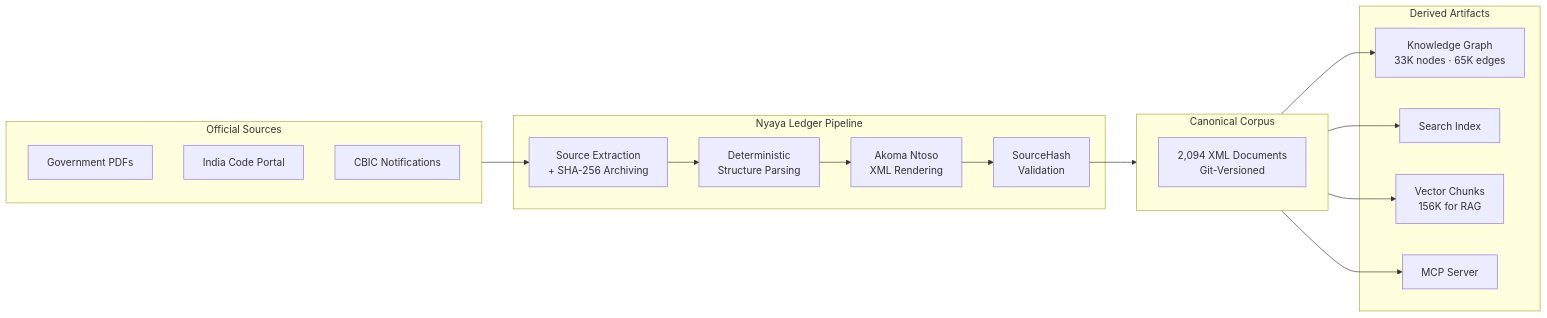
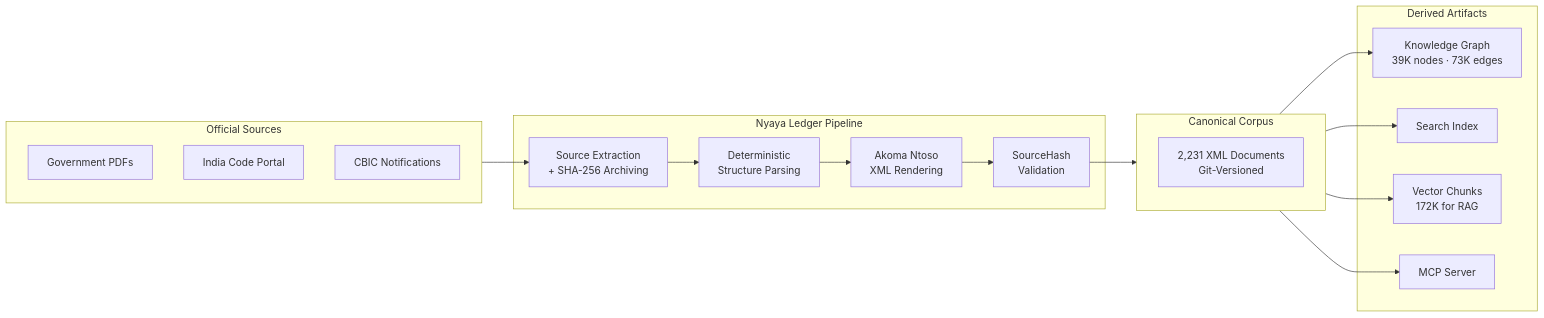
Before and after one commit to shikharpant/nyaya-ledger: the first of 5 diagrams in README.md, drawn with Mermaid. The commit also changed other lines of this file, not shown here.

````diff
--- a/README.md
+++ b/README.md
@@ -91,29 +91,29 @@
 ```mermaid
 flowchart LR
     subgraph Sources["Official Sources"]
         PDF["Government PDFs"]
         PORTAL["India Code Portal"]
         CBIC["CBIC Notifications"]
     end
 
     subgraph Pipeline["Nyaya Ledger Pipeline"]
         EXTRACT["Source Extraction<br/>+ SHA-256 Archiving"]
         PARSE["Deterministic<br/>Structure Parsing"]
         RENDER["Akoma Ntoso<br/>XML Rendering"]
         VALIDATE["SourceHash<br/>Validation"]
     end
 
     subgraph Corpus["Canonical Corpus"]
-        XML["2,094 XML Documents<br/>Git-Versioned"]
+        XML["2,231 XML Documents<br/>Git-Versioned"]
     end
 
     subgraph Derived["Derived Artifacts"]
-        GRAPH["Knowledge Graph<br/>33K nodes · 65K edges"]
+        GRAPH["Knowledge Graph<br/>39K nodes · 73K edges"]
         SEARCH["Search Index"]
-        VECTOR["Vector Chunks<br/>156K for RAG"]
+        VECTOR["Vector Chunks<br/>172K for RAG"]
         MCP["MCP Server"]
     end
 
     Sources --> EXTRACT --> PARSE --> RENDER --> VALIDATE --> Corpus
     Corpus --> GRAPH & SEARCH & VECTOR & MCP
 ```
````
